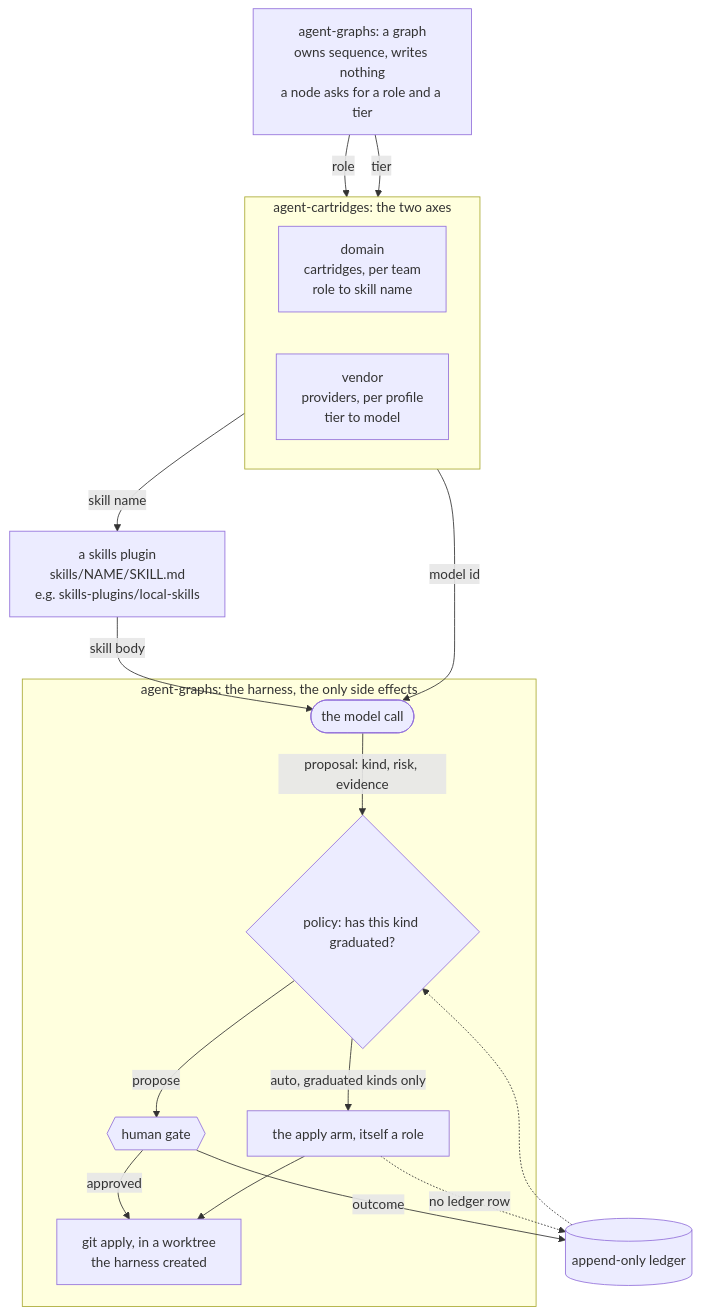
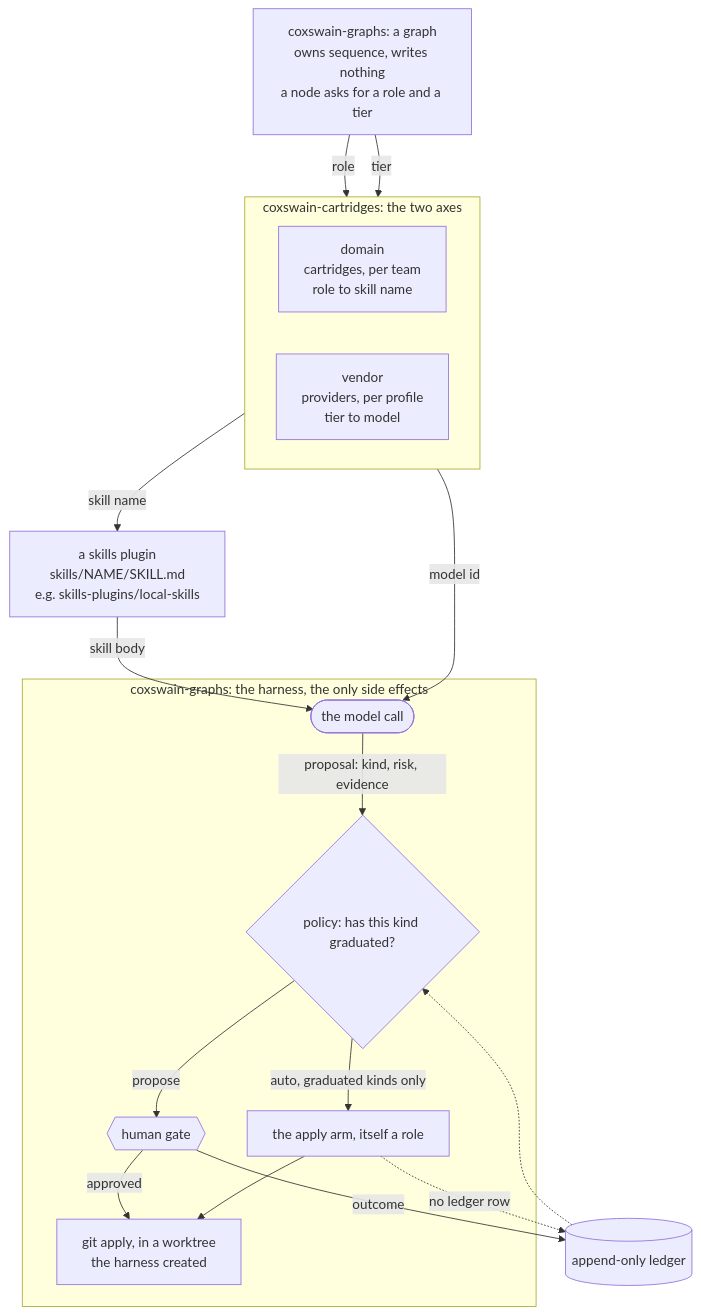
One commit to ppfenning/coxswain changed the first of 2 diagrams in src/cartridges/README.md. Above: the diagram before and after it, drawn with Mermaid. The commit also changed other lines of this file, not shown here.

````diff
--- a/src/cartridges/README.md
+++ b/src/cartridges/README.md
@@ -46,36 +46,36 @@
 ```mermaid
 flowchart TB
-    GRAPH["agent-graphs: a graph<br/>owns sequence, writes nothing<br/>a node asks for a role and a tier"]
+    GRAPH["coxswain-graphs: a graph<br/>owns sequence, writes nothing<br/>a node asks for a role and a tier"]
 
-    subgraph CART["agent-cartridges: the two axes"]
+    subgraph CART["coxswain-cartridges: the two axes"]
         direction LR
         DOMAIN["domain<br/>cartridges, per team<br/>role to skill name"]
         VENDOR["vendor<br/>providers, per profile<br/>tier to model"]
     end
 
     BODY["a skills plugin<br/>skills/NAME/SKILL.md<br/>e.g. skills-plugins/local-skills"]
 
-    subgraph HARNESS["agent-graphs: the harness, the only side effects"]
+    subgraph HARNESS["coxswain-graphs: the harness, the only side effects"]
         RUN(["the model call"])
         POLICY{"policy: has this kind graduated?"}
         GATE{{"human gate"}}
         ARM["the apply arm, itself a role"]
         WORK["git apply, in a worktree<br/>the harness created"]
     end
 
     LEDGER[("append-only ledger")]
 
     GRAPH -- "role" --> DOMAIN
     GRAPH -- "tier" --> VENDOR
     DOMAIN -- "skill name" --> BODY
     VENDOR -- "model id" --> RUN
     BODY -- "skill body" --> RUN
     RUN -- "proposal: kind, risk, evidence" --> POLICY
     POLICY -- "propose" --> GATE
     POLICY -- "auto, graduated kinds only" --> ARM
     GATE -- "approved" --> WORK
     ARM --> WORK
     GATE -- "outcome" --> LEDGER
     ARM -. "no ledger row" .-> LEDGER
     LEDGER -.-> POLICY
 ```
````
